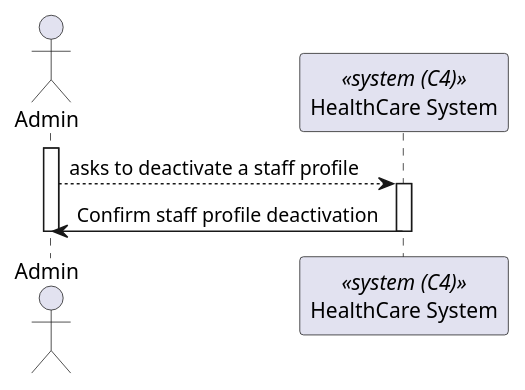
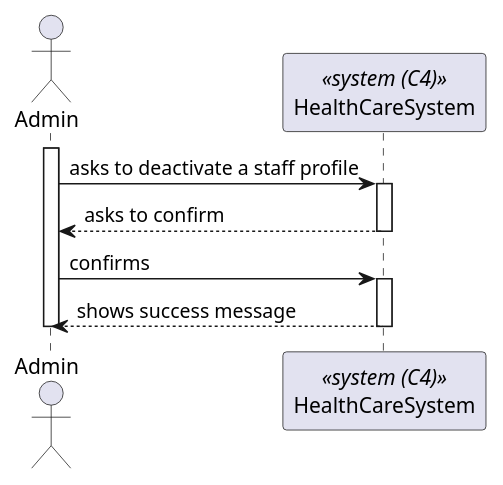
The diagram in docs/sprintB/StaffProfileDeactivation/views/level1/process-view.puml (Lapr5G21/sem5pi-24-25-3ddg21), drawn with PlantUML before and after one commit. The commit also changed 13 other files, not shown here.

Commit message:
staff profile deactivation - sprint b docs #36

```diff
--- a/docs/sprintB/StaffProfileDeactivation/views/level1/process-view.puml
+++ b/docs/sprintB/StaffProfileDeactivation/views/level1/process-view.puml
@@ -1,18 +1,23 @@
 @startuml StaffProfileDeactivation(level1)
 
-actor Admin as "Admin"
-participant SYS as "HealthCare System" <<system (C4)>>
+actor "Admin" as Admin
+participant HealthCareSystem as "HealthCareSystem" <<system (C4)>>
 
-activate Admin 
+activate Admin
+    
+    Admin -> HealthCareSystem : asks to deactivate a staff profile
+    activate HealthCareSystem
 
-Admin --> SYS : asks to deactivate a staff profile
+    HealthCareSystem --> Admin : asks to confirm
+    deactivate HealthCareSystem
 
-activate SYS 
-
-SYS -> Admin : Confirm staff profile deactivation
-
-deactivate SYS
+    Admin -> HealthCareSystem : confirms
+    activate HealthCareSystem 
+    
+    HealthCareSystem --> Admin: shows success message
+    deactivate HealthCareSystem
+    
 deactivate Admin
 
 
 @enduml
```
